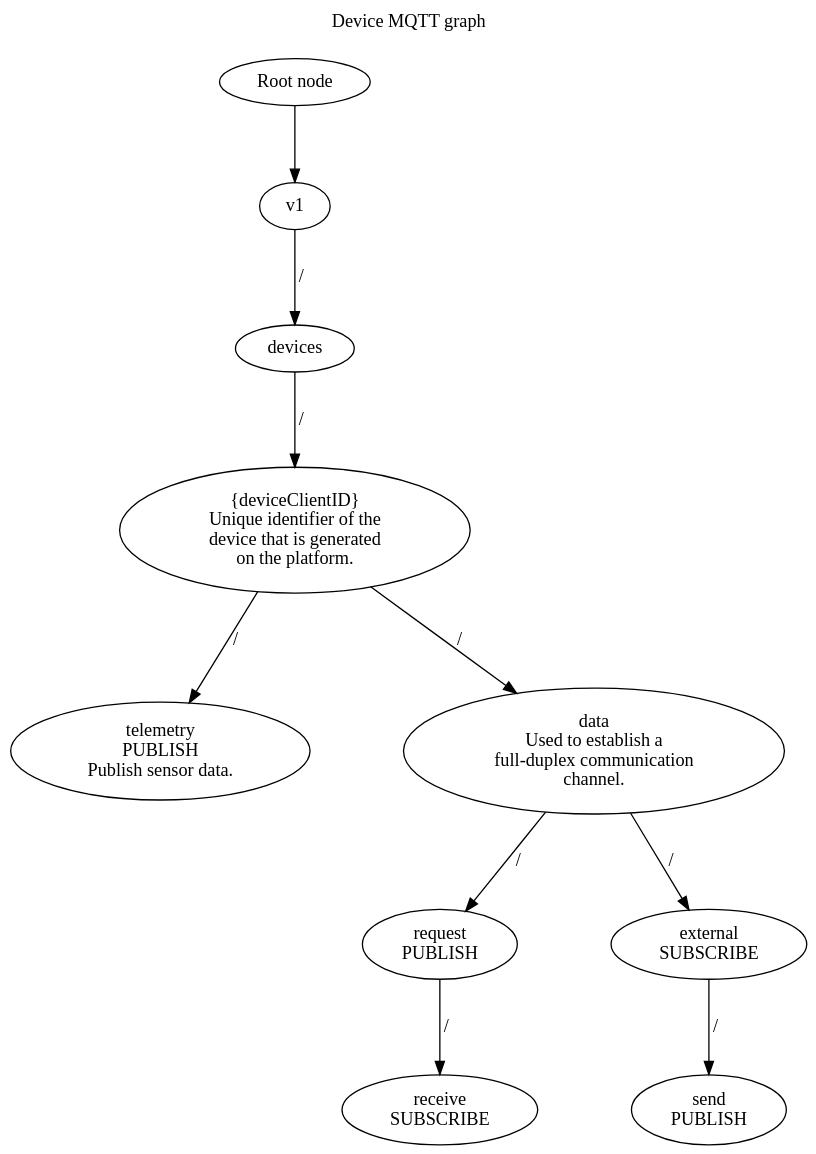
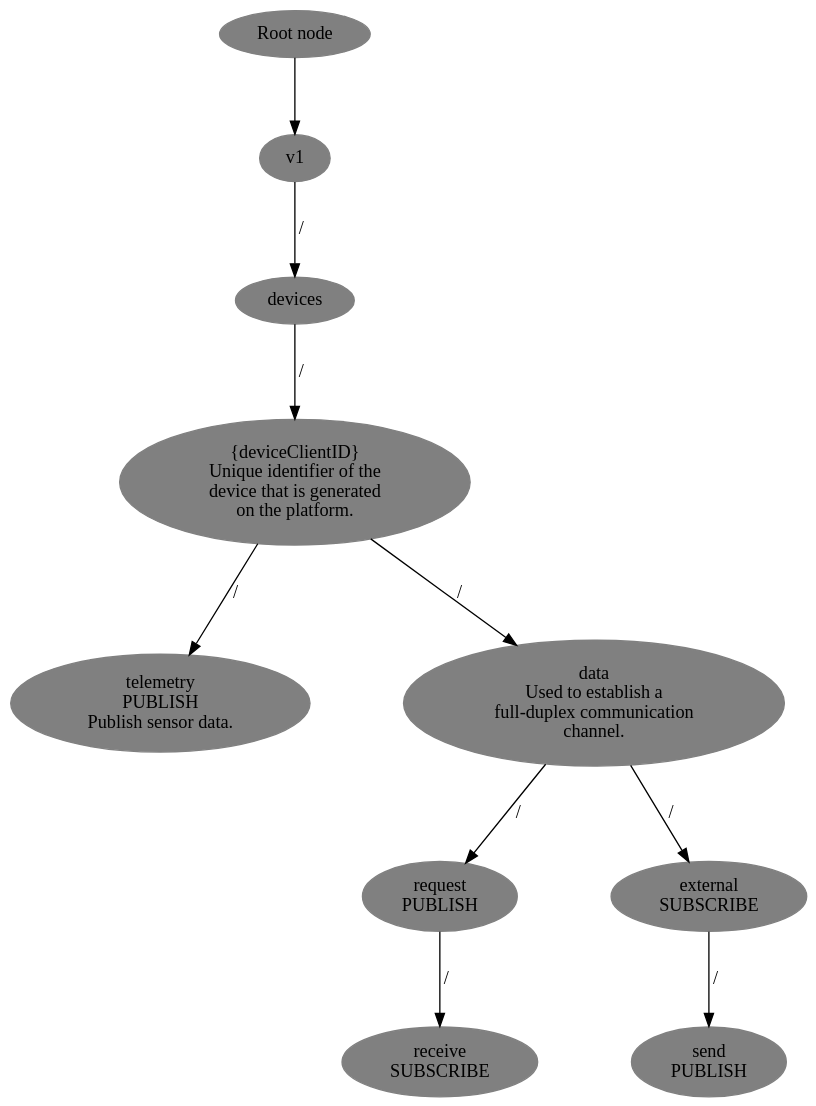
Before and after one commit to hlutir/hlutir-api: the diagram in docs/connectivity/graph_mqtt_device.dot, drawn with Graphviz. The commit also changed 2 other files, not shown here.

Commit message:
Colorized graphs

```diff
--- a/docs/connectivity/graph_mqtt_device.dot
+++ b/docs/connectivity/graph_mqtt_device.dot
@@ -1,30 +1,31 @@
 digraph G {
-    graph [pad=0.4, nodesep=1, ranksep=0.8, label="Device MQTT graph\n\n", labelloc=top, orientation=portrait, bgcolor=transparent];
+    graph [pad=0.4, nodesep=1, ranksep=0.8, bgcolor=transparent];
     splines=true;
+    node [color=grey, fillcolor=grey, style=filled]
 
     /* Entities */
     rootNode [label="Root node"];
     v1Node [label="v1"];
     devicesNode [label="devices"];
     deviceClientIDNode [label="{deviceClientID}\nUnique identifier of the\ndevice that is generated\non the platform."];
     deviceTelemetryNode [label="telemetry\nPUBLISH\nPublish sensor data."];
     deviceDataNode [label="data\nUsed to establish a\nfull-duplex communication\nchannel."];
     deviceDataRequestNode [label="request\nPUBLISH"];
     deviceDataRequestReceiveNode [label="receive\nSUBSCRIBE"];
     deviceDataExternalNode [label="external\nSUBSCRIBE"];
     deviceDataExternalSendNode [label="send\nPUBLISH"];
 
     /* Relationships */
     rootNode -> v1Node;
     v1Node -> devicesNode [label=" /"];
     devicesNode -> deviceClientIDNode [label=" /"];
     deviceClientIDNode -> deviceTelemetryNode [label="/"];
     deviceClientIDNode -> deviceDataNode [label=" /"];
     deviceDataNode -> deviceDataRequestNode [label=" /"];
     deviceDataRequestNode -> deviceDataRequestReceiveNode [label=" /"];
     deviceDataNode -> deviceDataExternalNode [label=" /"];
     deviceDataExternalNode -> deviceDataExternalSendNode [label=" /"];
 
     /* Ranks */
     // { rank=same; rootNode; };
 }
```
